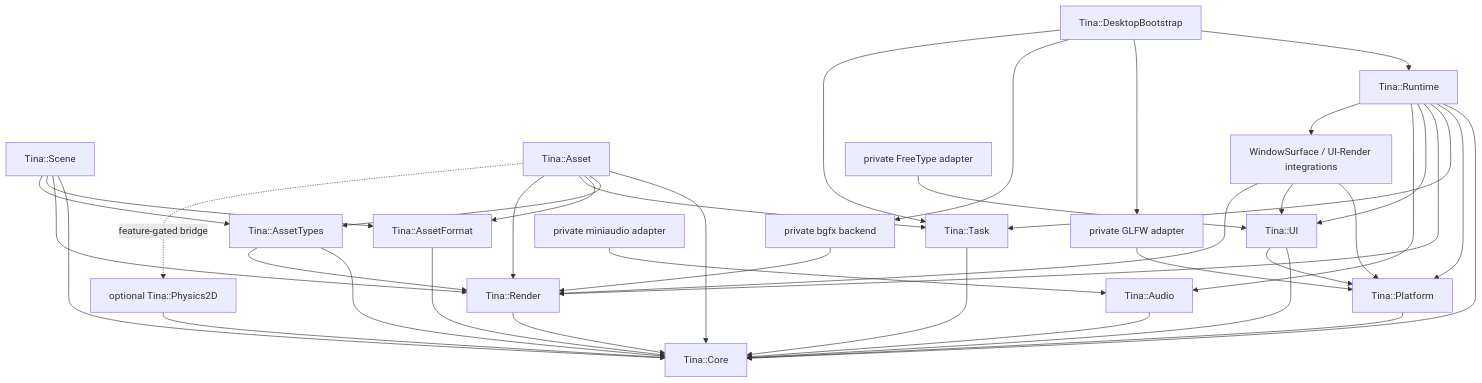
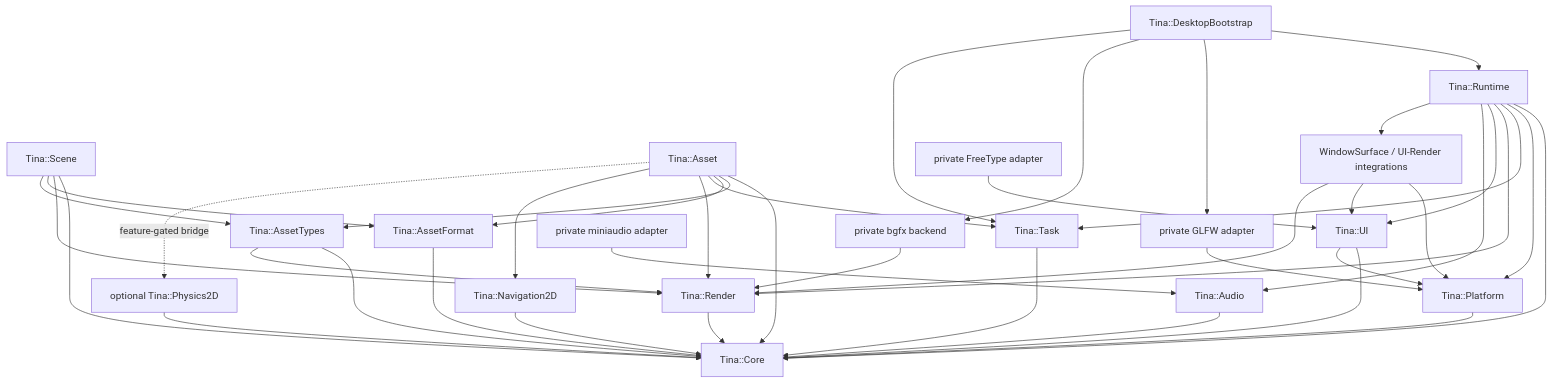
Before and after one commit to wuxianggujun/Tina: the diagram in docs/architecture.md, drawn with Mermaid. The commit also changed other lines of this file and 44 other files, not shown here.

````diff
--- a/docs/architecture.md
+++ b/docs/architecture.md
@@ -20,42 +20,44 @@
 ```mermaid
 flowchart TD
     Core["Tina::Core"]
     Platform["Tina::Platform"] --> Core
     Task["Tina::Task"] --> Core
     Render["Tina::Render"] --> Core
     Audio["Tina::Audio"] --> Core
     AssetFormat["Tina::AssetFormat"] --> Core
+    Navigation2D["Tina::Navigation2D"] --> Core
     UI["Tina::UI"] --> Core
     UI --> Platform
     Scene["Tina::Scene"] --> Core
     Scene --> Render
     Scene --> AssetFormat
     AssetTypes["Tina::AssetTypes"] --> Core
     AssetTypes --> Render
     Scene --> AssetTypes
     Asset["Tina::Asset"] --> Core
     Asset --> AssetTypes
     Asset --> AssetFormat
     Asset --> Task
     Asset --> Render
+    Asset --> Navigation2D
     Runtime["Tina::Runtime"] --> Core
     Runtime --> Platform
     Runtime --> Task
     Runtime --> Render
     Runtime --> UI
     Runtime --> Audio
     Integrations["WindowSurface / UI-Render integrations"] --> Platform
     Integrations --> UI
     Integrations --> Render
     Runtime --> Integrations
     Desktop["Tina::DesktopBootstrap"] --> Runtime
     Glfw["private GLFW adapter"] --> Platform
     Bgfx["private bgfx backend"] --> Render
     FreeType["private FreeType adapter"] --> UI
     Miniaudio["private miniaudio adapter"] --> Audio
     Desktop --> Glfw
     Desktop --> Bgfx
     Desktop --> Task
     Physics2D["optional Tina::Physics2D"] --> Core
     Asset -. "feature-gated bridge" .-> Physics2D
 ```
````
